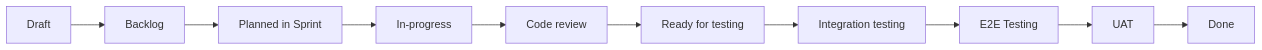
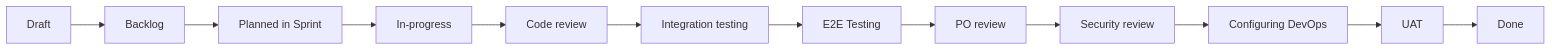
One commit to michchan/project-authenti-idp changed the diagram in .agent-context/workflow.md. Above: the diagram before and after it, drawn with Mermaid. The commit also changed other lines of this file and 3 other files, not shown here.

````diff
--- a/.agent-context/workflow.md
+++ b/.agent-context/workflow.md
@@ -90,12 +124,14 @@
 ```mermaid
 flowchart LR
     Draft[Draft] --> Backlog[Backlog]
     Backlog --> Planned[Planned in Sprint]
     Planned --> InProgress[In-progress]
     InProgress --> CodeReview[Code review]
-    CodeReview --> ReadyTesting[Ready for testing]
-    ReadyTesting --> Integration[Integration testing]
+    CodeReview --> Integration[Integration testing]
     Integration --> E2E[E2E Testing]
-    E2E --> UAT[UAT]
+    E2E --> POReview[PO review]
+    POReview --> SecurityReview[Security review]
+    SecurityReview --> ConfiguringDevOps[Configuring DevOps]
+    ConfiguringDevOps --> UAT[UAT]
     UAT --> Done[Done]
 ```
````
